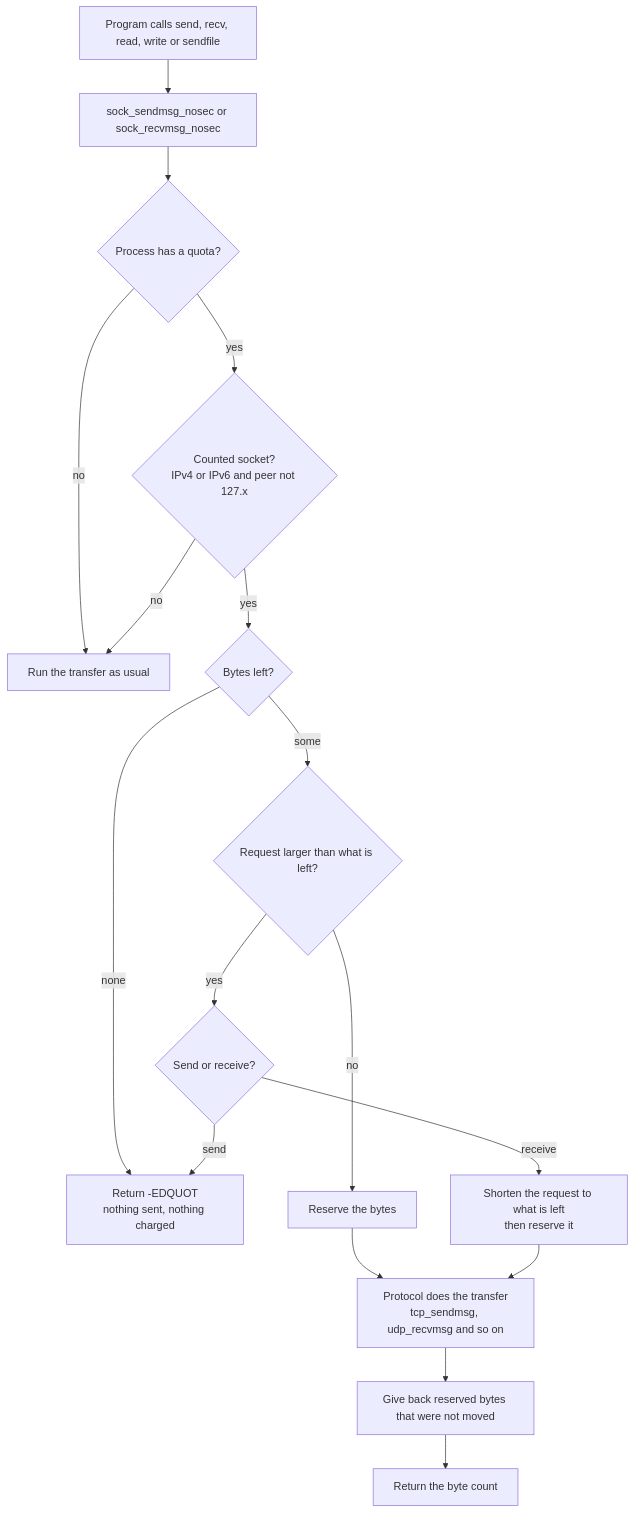
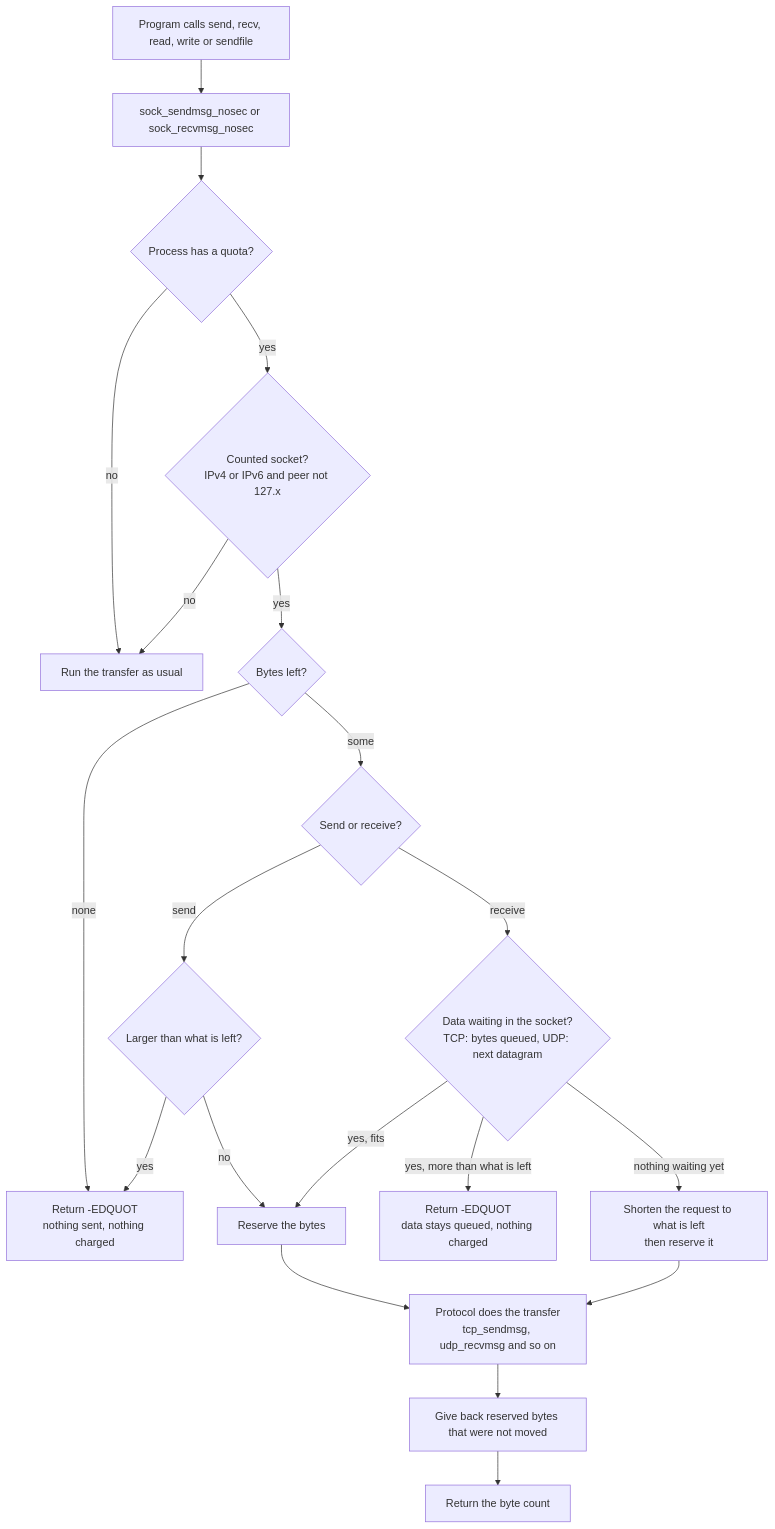
The third of 6 diagrams in docs/how-it-works.md (Dhruv0306/net-quota-syscall), drawn with Mermaid before and after one commit. The commit also changed other lines of this file and 7 other files, not shown here.

````diff
--- a/docs/how-it-works.md
+++ b/docs/how-it-works.md
@@ -108,19 +108,22 @@
 ```mermaid
 flowchart TD
   A["Program calls send, recv, read, write or sendfile"] --> B["sock_sendmsg_nosec or sock_recvmsg_nosec"]
   B --> C{"Process has a quota?"}
   C -- no --> Z["Run the transfer as usual"]
   C -- yes --> D{"Counted socket?<br/>IPv4 or IPv6 and peer not 127.x"}
   D -- no --> Z
   D -- yes --> F{"Bytes left?"}
   F -- none --> X["Return -EDQUOT<br/>nothing sent, nothing charged"]
-  F -- some --> G{"Request larger than what is left?"}
-  G -- no --> H["Reserve the bytes"]
-  G -- yes --> I{"Send or receive?"}
-  I -- send --> X
-  I -- receive --> J["Shorten the request to what is left<br/>then reserve it"]
+  F -- some --> G{"Send or receive?"}
+  G -- send --> S{"Larger than what is left?"}
+  S -- yes --> X
+  S -- no --> H["Reserve the bytes"]
+  G -- receive --> W{"Data waiting in the socket?<br/>TCP: bytes queued, UDP: next datagram"}
+  W -- yes, more than what is left --> X2["Return -EDQUOT<br/>data stays queued, nothing charged"]
+  W -- yes, fits --> H
+  W -- nothing waiting yet --> J["Shorten the request to what is left<br/>then reserve it"]
   H --> K["Protocol does the transfer<br/>tcp_sendmsg, udp_recvmsg and so on"]
   J --> K
   K --> L["Give back reserved bytes that were not moved"]
   L --> M["Return the byte count"]
 ```
````
